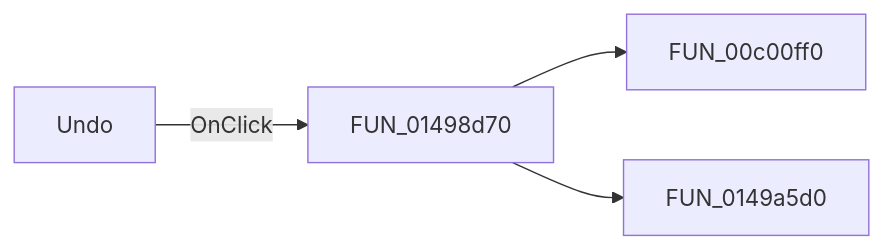
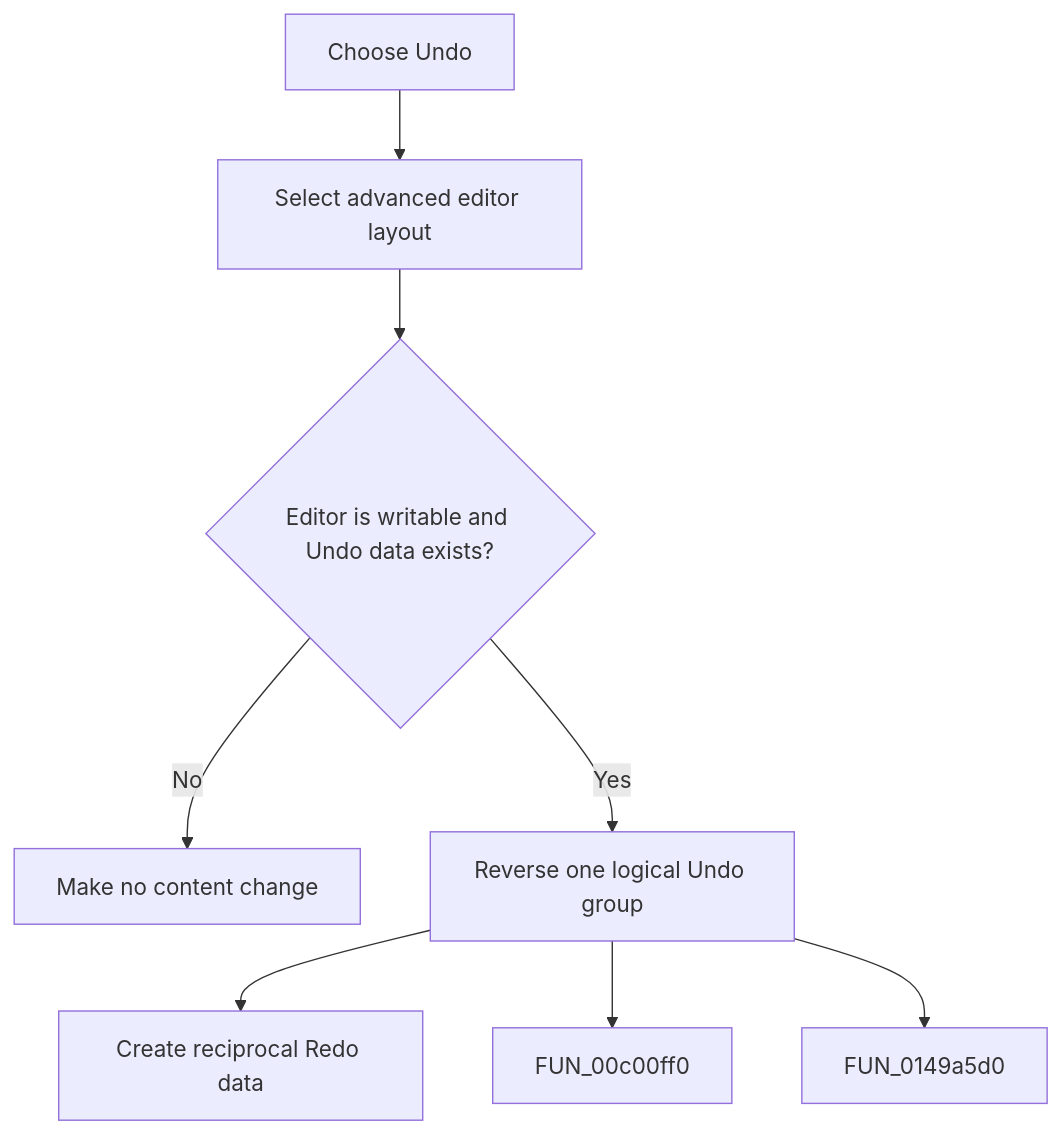
One commit to MovGP0/TIARA changed the diagram in docs/ui-controls/frmdesigntool/miundo-9d140e0b30.md. Above: the diagram before and after it, drawn with Mermaid. The commit also changed other lines of this file and 387 other files, not shown here.

````diff
--- a/docs/ui-controls/frmdesigntool/miundo-9d140e0b30.md
+++ b/docs/ui-controls/frmdesigntool/miundo-9d140e0b30.md
@@ -27,6 +27,10 @@
 ```mermaid
-flowchart LR
-    control["Undo"] -->|OnClick| handler["FUN_01498d70"]
+flowchart TD
+    control["Choose Undo"] --> expand["Select advanced editor layout"]
+    expand --> allowed{"Editor is writable and Undo data exists?"}
+    allowed -->|No| stop["Make no content change"]
+    allowed -->|Yes| handler["Reverse one logical Undo group"]
+    handler --> redo["Create reciprocal Redo data"]
     handler --> call1["FUN_00c00ff0"]
     handler --> call2["FUN_0149a5d0"]
 ```
````
